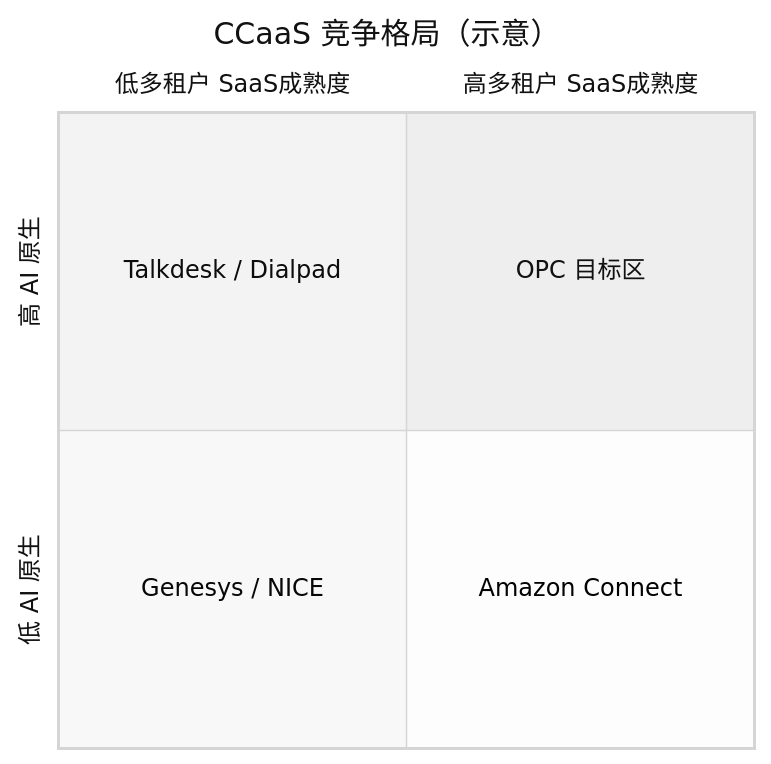
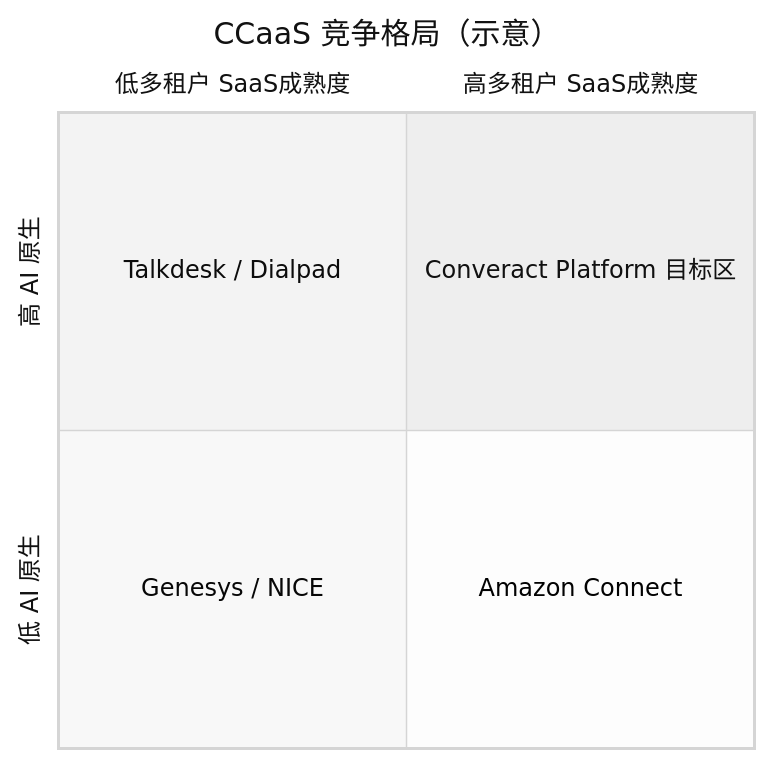
Before and after one commit to songgoldenwind-crypto/converact-platform: the first of 16 diagrams in docs/design/super-contact-center-platform-vision.md, drawn with Mermaid (neutral theme). The commit also changed other lines of this file and 1807 other files, not shown here.

````diff
--- a/docs/design/super-contact-center-platform-vision.md
+++ b/docs/design/super-contact-center-platform-vision.md
@@ -156,10 +156,10 @@
 ```mermaid
 quadrantChart
     title CCaaS 竞争格局（示意）
     x-axis 低多租户 SaaS成熟度 --> 高多租户 SaaS成熟度
     y-axis 低 AI 原生 --> 高 AI 原生
-    quadrant-1 OPC 目标区
+    quadrant-1 Converact Platform 目标区
     quadrant-2 Talkdesk / Dialpad
     quadrant-3 Genesys / NICE
     quadrant-4 Amazon Connect
 ```
````
